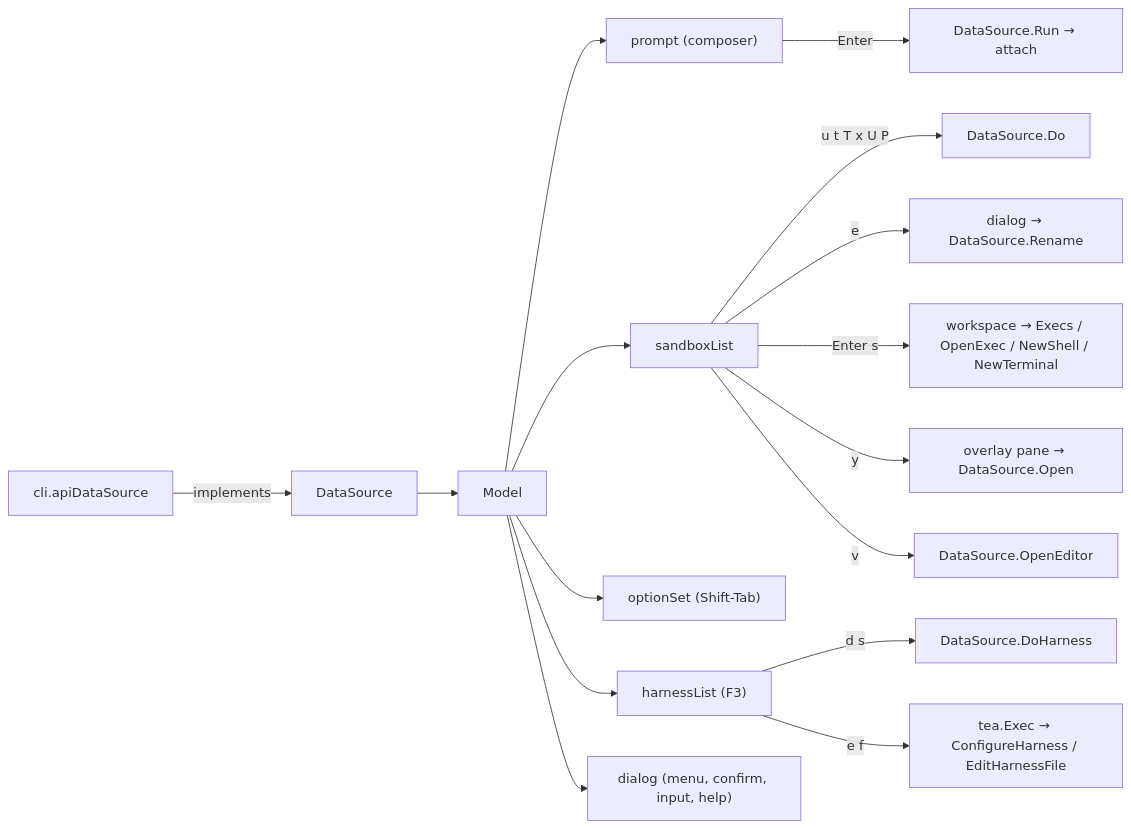
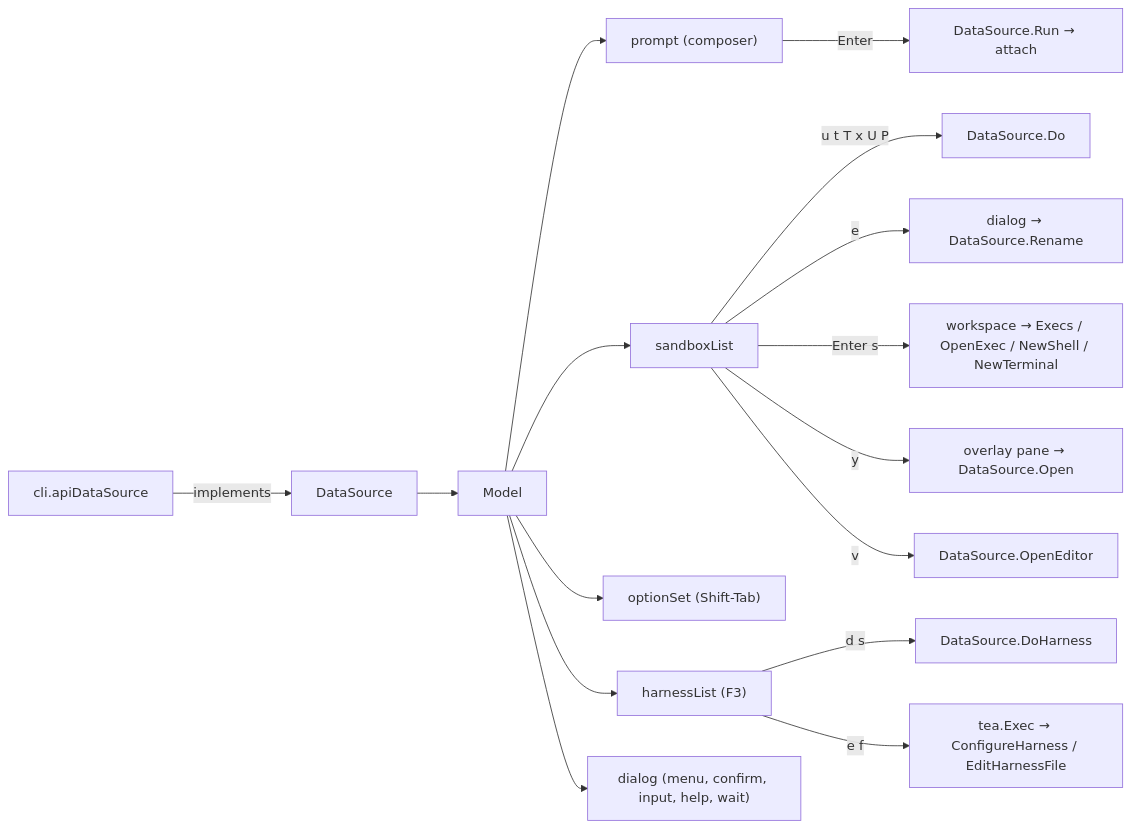
The diagram in cli/internal/tui/DESIGN.md (discobox-ai/discobox), drawn with Mermaid before and after one commit. The commit also changed other lines of this file and 4 other files, not shown here.

````diff
--- a/cli/internal/tui/DESIGN.md
+++ b/cli/internal/tui/DESIGN.md
@@ -13,18 +13,18 @@
 ```mermaid
 flowchart LR
     CLI["cli.apiDataSource"] -->|implements| DS["DataSource"]
     DS --> M["Model"]
     M --> P["prompt (composer)"]
     M --> L["sandboxList"]
     M --> O["optionSet (Shift-Tab)"]
     M --> A["harnessList (F3)"]
-    M --> D["dialog (menu, confirm, input, help)"]
+    M --> D["dialog (menu, confirm, input, help, wait)"]
     P -->|Enter| Run["DataSource.Run → attach"]
     L -->|u t T x U P| Verb["DataSource.Do"]
     L -->|e| Rename["dialog → DataSource.Rename"]
     L -->|Enter s| WS["workspace → Execs / OpenExec / NewShell / NewTerminal"]
     L -->|y| Overlay["overlay pane → DataSource.Open"]
     L -->|v| Editor["DataSource.OpenEditor"]
     A -->|d s| AVerb["DataSource.DoHarness"]
     A -->|e f| AExec["tea.Exec → ConfigureHarness / EditHarnessFile"]
 ```
````
